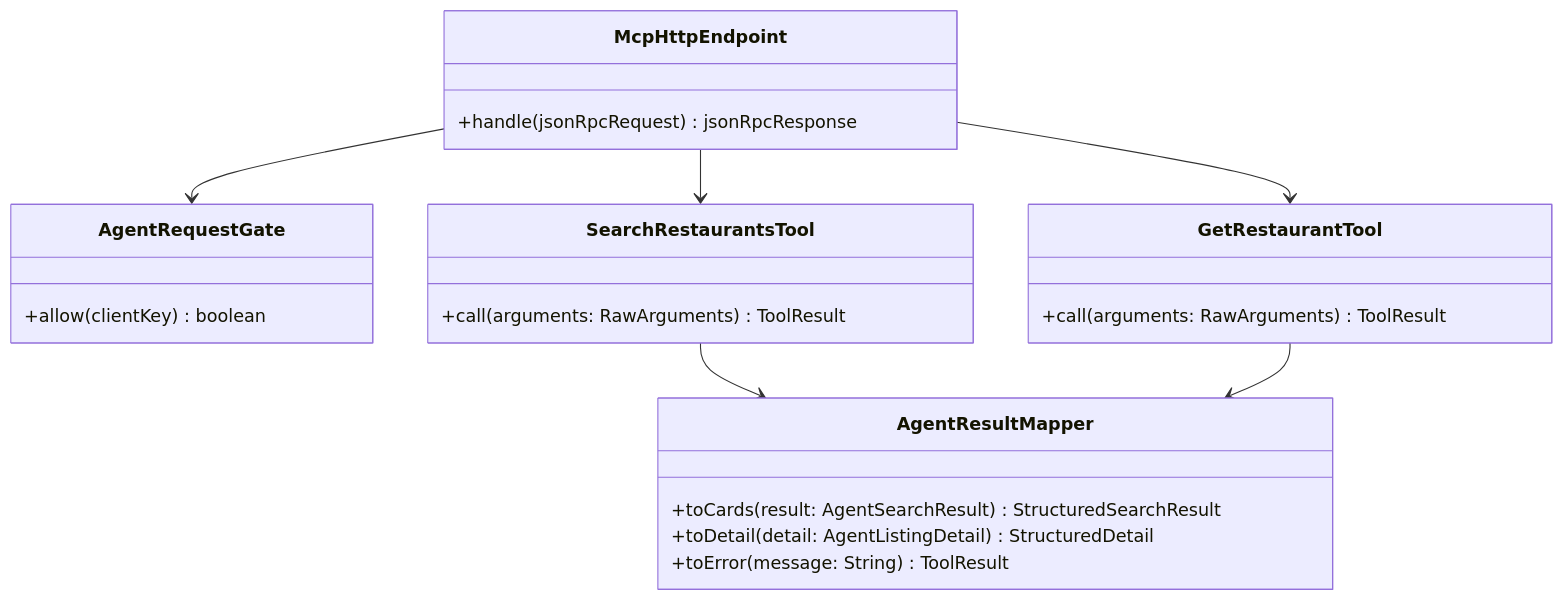
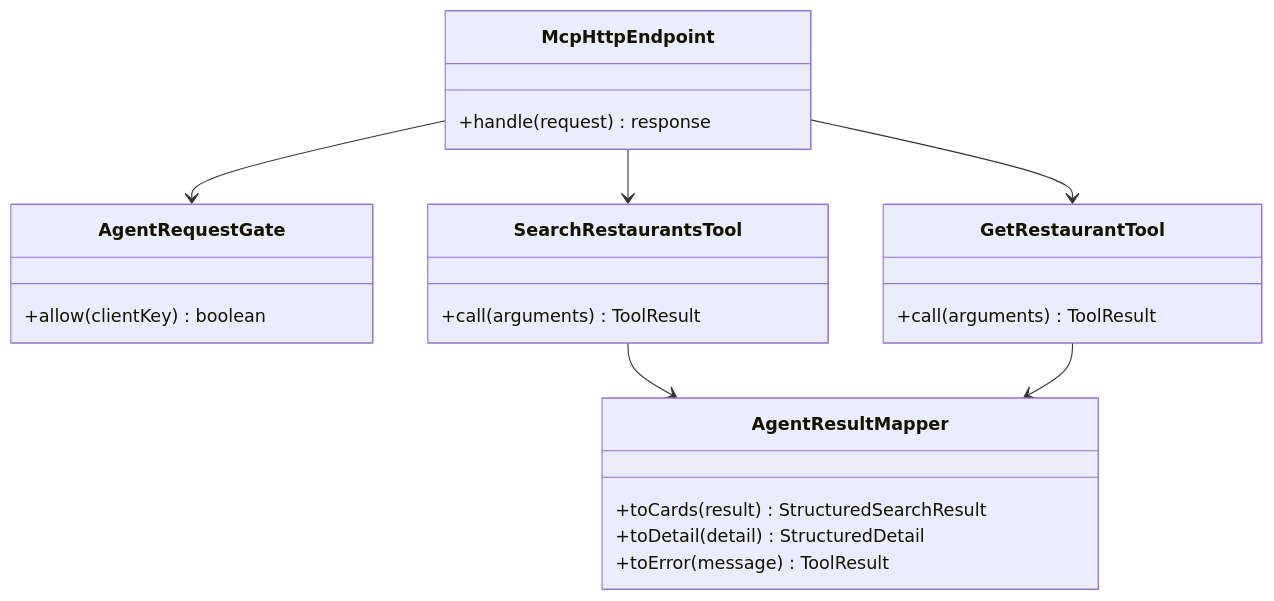
One commit to Losers-Lab/tahirs-list changed the fourth of 5 diagrams in docs/features/SC-209/05-class-diagram-system.md. Above: the diagram before and after it, drawn with Mermaid. The commit also changed other lines of this file and 10 other files, not shown here.

Commit message:
[SC-209] Retrofit design to diagram-first standard

````diff
--- a/docs/features/SC-209/05-class-diagram-system.md
+++ b/docs/features/SC-209/05-class-diagram-system.md
@@ -165,26 +84,25 @@
 ```mermaid
 classDiagram
     class McpHttpEndpoint {
-        +handle(jsonRpcRequest) jsonRpcResponse
+        +handle(request) response
     }
     class AgentRequestGate {
         +allow(clientKey) boolean
     }
     class SearchRestaurantsTool {
-        +call(arguments: RawArguments) ToolResult
+        +call(arguments) ToolResult
     }
     class GetRestaurantTool {
-        +call(arguments: RawArguments) ToolResult
+        +call(arguments) ToolResult
     }
     class AgentResultMapper {
-        +toCards(result: AgentSearchResult) StructuredSearchResult
-        +toDetail(detail: AgentListingDetail) StructuredDetail
-        +toError(message: String) ToolResult
+        +toCards(result) StructuredSearchResult
+        +toDetail(detail) StructuredDetail
+        +toError(message) ToolResult
     }
-
     McpHttpEndpoint --> AgentRequestGate
     McpHttpEndpoint --> SearchRestaurantsTool
     McpHttpEndpoint --> GetRestaurantTool
     SearchRestaurantsTool --> AgentResultMapper
     GetRestaurantTool --> AgentResultMapper
 ```
````
